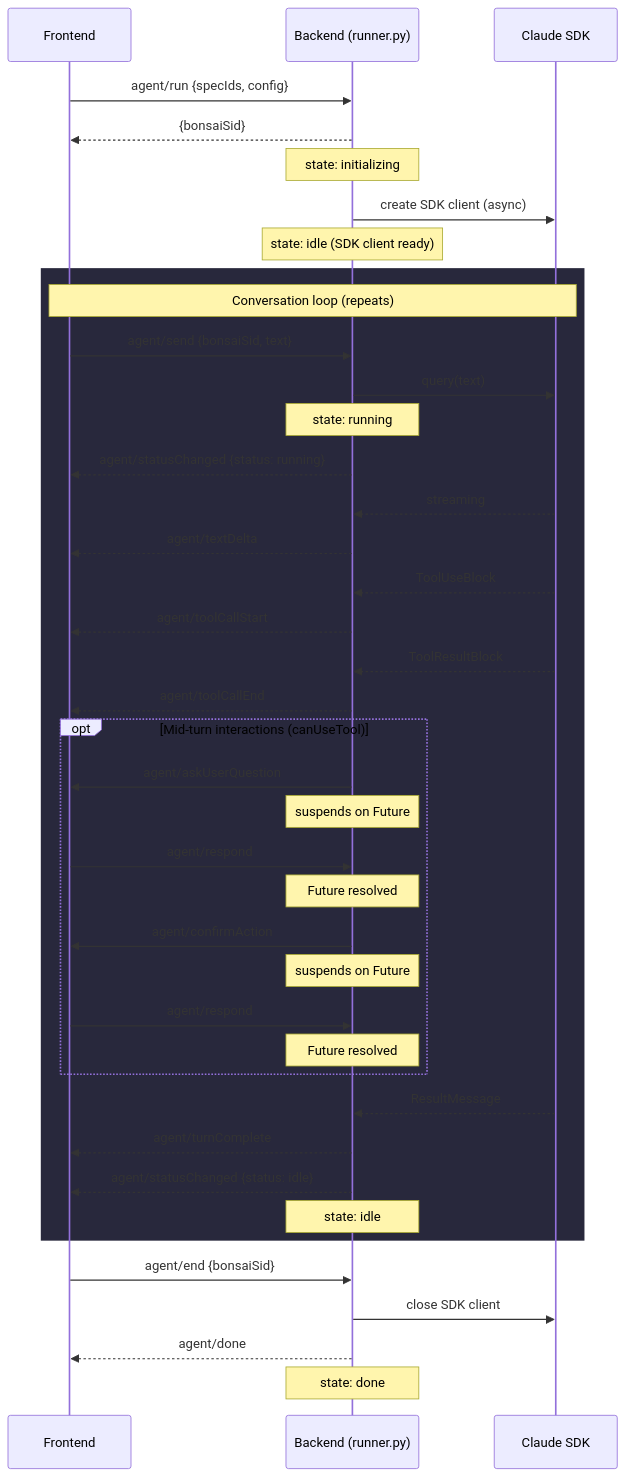
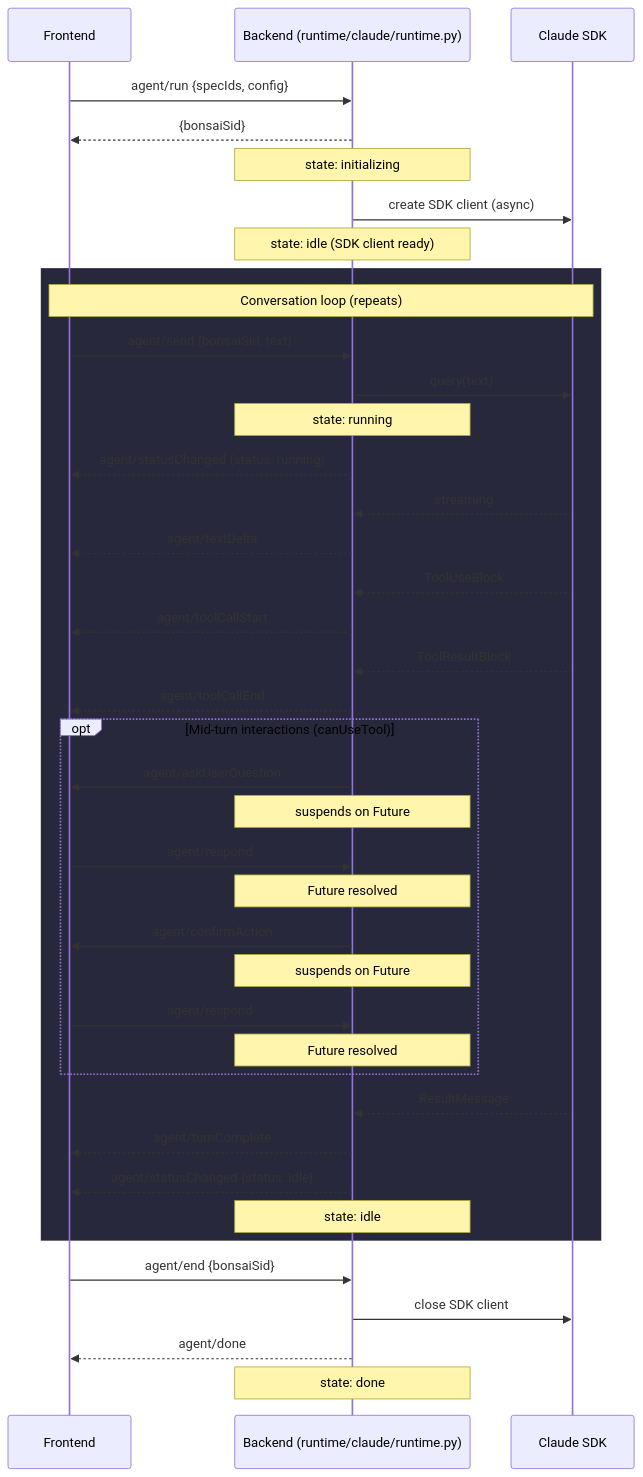
One commit to JetBrains/thinkrail changed the second of 5 diagrams in backend/app/agent/README.md. Above: the diagram before and after it, drawn with Mermaid. The commit also changed other lines of this file and 41 other files, not shown here.

First line of the commit message:
Decouple agent runtime from runner, extract Claude runtime package

````diff
--- a/backend/app/agent/README.md
+++ b/backend/app/agent/README.md
@@ -83,48 +83,48 @@
 ```mermaid
 sequenceDiagram
     participant F as Frontend
-    participant B as Backend (runner.py)
+    participant B as Backend (runtime/claude/runtime.py)
     participant S as Claude SDK
 
     F->>B: agent/run {specIds, config}
     B-->>F: {bonsaiSid}
     Note over B: state: initializing
     B->>S: create SDK client (async)
     Note over B: state: idle (SDK client ready)
 
     rect rgb(40, 40, 60)
         Note over F,S: Conversation loop (repeats)
 
         F->>B: agent/send {bonsaiSid, text}
         B->>S: query(text)
         Note over B: state: running
         B-->>F: agent/statusChanged {status: running}
         S-->>B: streaming
         B-->>F: agent/textDelta
         S-->>B: ToolUseBlock
         B-->>F: agent/toolCallStart
         S-->>B: ToolResultBlock
         B-->>F: agent/toolCallEnd
 
         opt Mid-turn interactions (canUseTool)
             B->>F: agent/askUserQuestion
             Note over B: suspends on Future
             F->>B: agent/respond
             Note over B: Future resolved
             B->>F: agent/confirmAction
             Note over B: suspends on Future
             F->>B: agent/respond
             Note over B: Future resolved
         end
 
         S-->>B: ResultMessage
         B-->>F: agent/turnComplete
         B-->>F: agent/statusChanged {status: idle}
         Note over B: state: idle
     end
 
     F->>B: agent/end {bonsaiSid}
     B->>S: close SDK client
     B-->>F: agent/done
     Note over B: state: done
 ```
````
